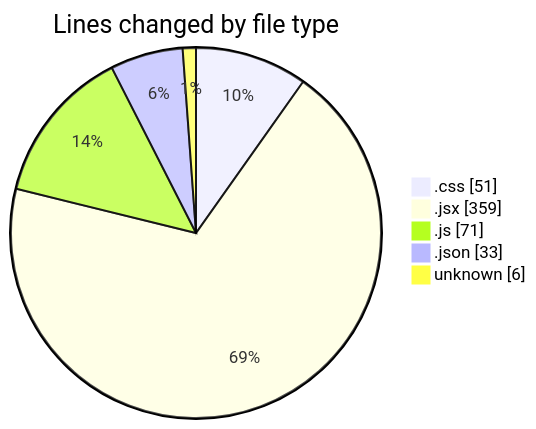
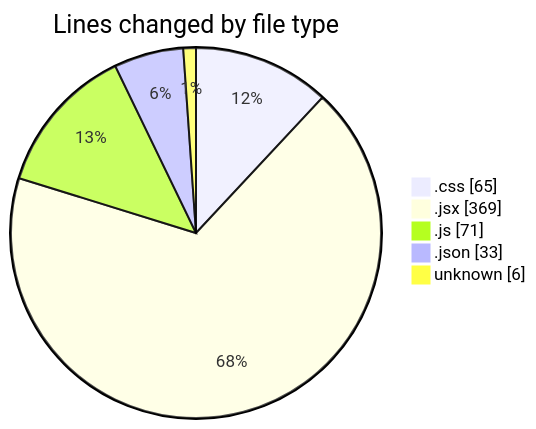
The first of 2 diagrams in 2025-02-14/elitegpt/README.md (Elitesun/code-tracking), drawn with Mermaid before and after one commit. The commit also changed other lines of this file and 1 other file, not shown here.

````diff
--- a/2025-02-14/elitegpt/README.md
+++ b/2025-02-14/elitegpt/README.md
@@ -32,9 +32,9 @@
 ```mermaid
 pie showData
 title Lines changed by file type
-".css" : 51
-".jsx" : 359
+".css" : 65
+".jsx" : 369
 ".js" : 71
 ".json" : 33
 "unknown" : 6
 ```
````
